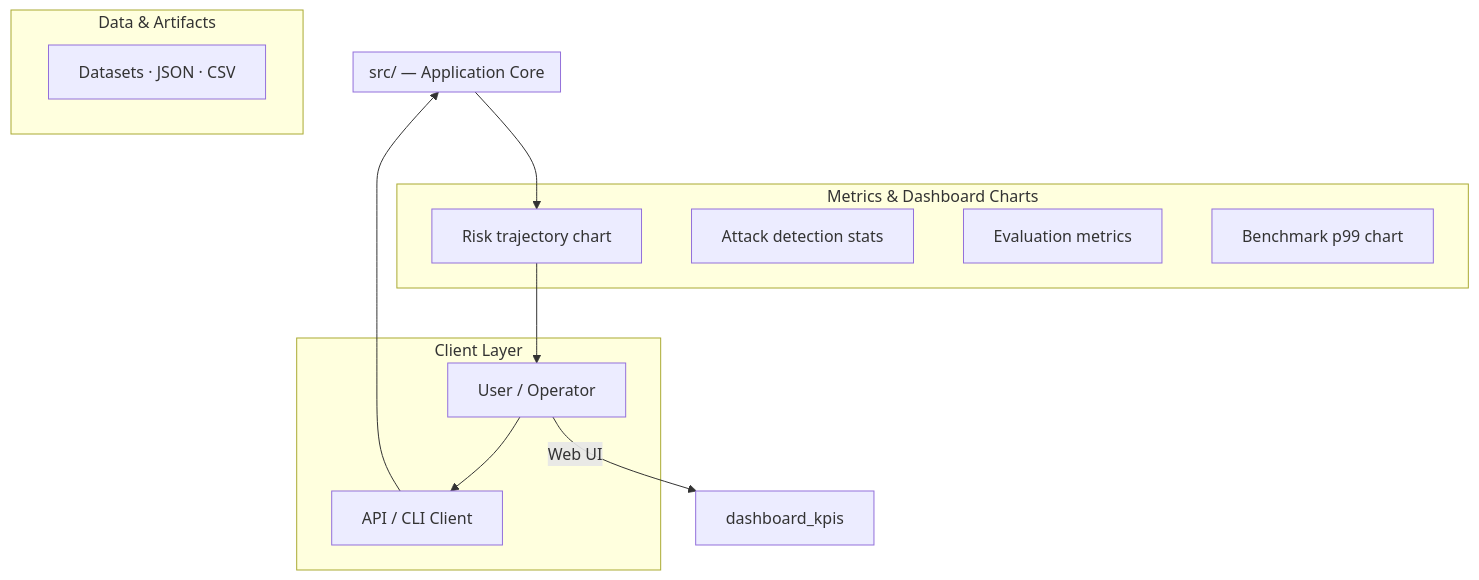
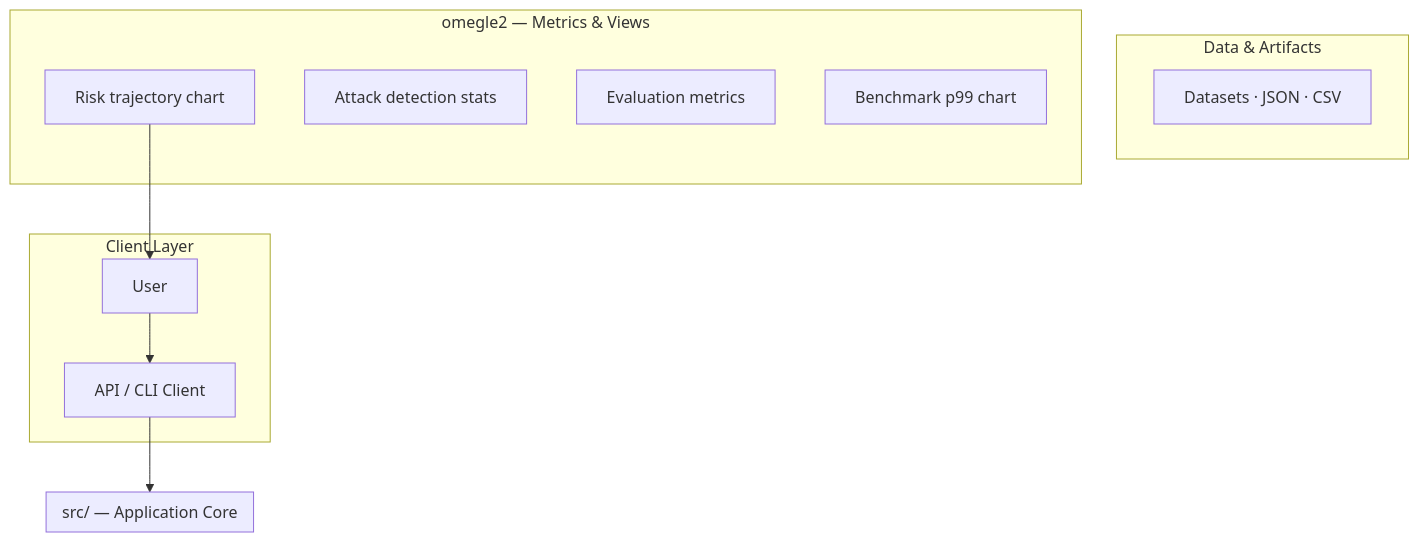
The first of 4 diagrams in README.md (Punyamittal/omegle2), drawn with Mermaid before and after one commit. The commit also changed other lines of this file, not shown here.

````diff
--- a/README.md
+++ b/README.md
@@ -162,27 +170,25 @@
 ```mermaid
 graph TB
     subgraph Client["Client Layer"]
-        user["User / Operator"]
+        user["User"]
         api_client["API / CLI Client"]
     end
 
     subgraph Core["src/ — Application Core"]
     end
 
     subgraph Data["Data & Artifacts"]
         datasets["Datasets · JSON · CSV"]
     end
 
-    subgraph Charts["Metrics & Dashboard Charts"]
+    subgraph Charts["omegle2 — Metrics & Views"]
         risk_trajectory["Risk trajectory chart"]
         attack_stats["Attack detection stats"]
         eval_metrics["Evaluation metrics"]
         benchmark_p99["Benchmark p99 chart"]
     end
 
     user --> api_client
     api_client --> Core
-    user -->|Web UI| dashboard_kpis
-    Core --> risk_trajectory
     risk_trajectory --> user
 ```
````
